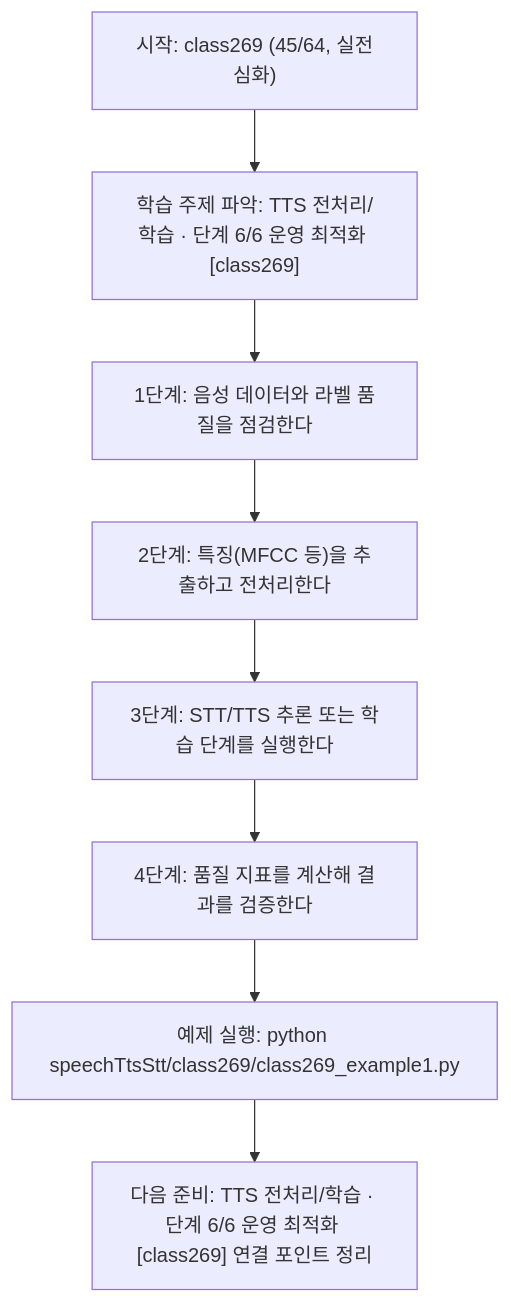
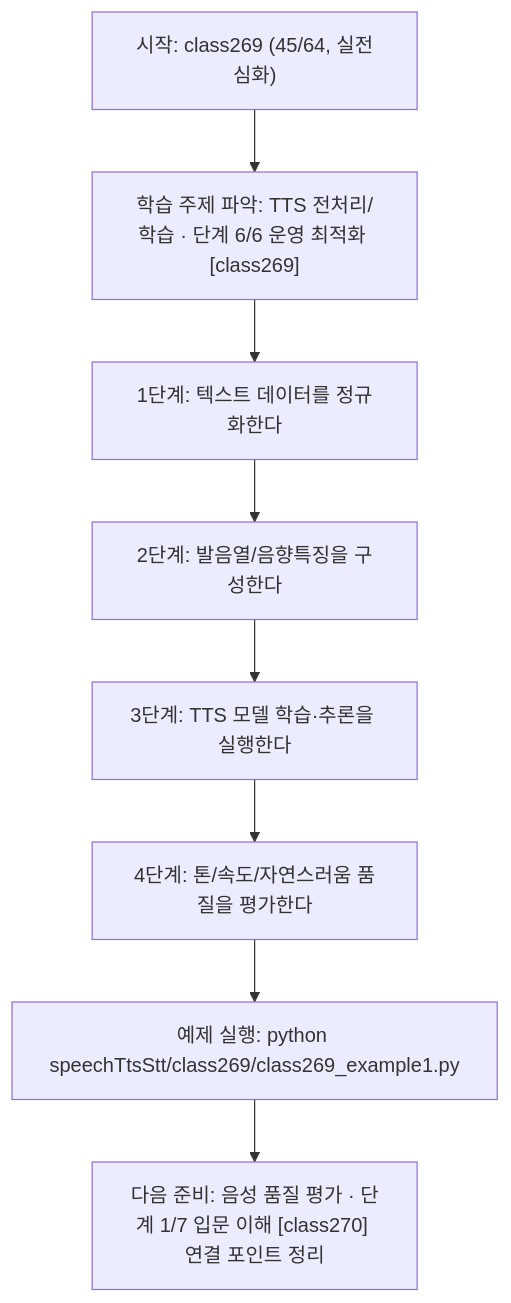
Before and after one commit to edumgt/Python-AI_Agent-Class: the diagram in speechTtsStt/class269/class269.md, drawn with Mermaid. The commit also changed other lines of this file and 1122 other files, not shown here.

````diff
--- a/speechTtsStt/class269/class269.md
+++ b/speechTtsStt/class269/class269.md
@@ -114,18 +95,18 @@
 ```mermaid
 flowchart TD
 N1["시작: class269 (45/64, 실전심화)"]
 N2["학습 주제 파악: TTS 전처리/학습 · 단계 6/6 운영 최적화 [class269]"]
-N3["1단계: 음성 데이터와 라벨 품질을 점검한다"]
-N4["2단계: 특징(MFCC 등)을 추출하고 전처리한다"]
-N5["3단계: STT/TTS 추론 또는 학습 단계를 실행한다"]
-N6["4단계: 품질 지표를 계산해 결과를 검증한다"]
+N3["1단계: 텍스트 데이터를 정규화한다"]
+N4["2단계: 발음열/음향특징을 구성한다"]
+N5["3단계: TTS 모델 학습·추론을 실행한다"]
+N6["4단계: 톤/속도/자연스러움 품질을 평가한다"]
 N7["예제 실행: python speechTtsStt/class269/class269_example1.py"]
-N8["다음 준비: TTS 전처리/학습 · 단계 6/6 운영 최적화 [class269] 연결 포인트 정리"]
+N8["다음 준비: 음성 품질 평가 · 단계 1/7 입문 이해 [class270] 연결 포인트 정리"]
 N1 --> N2
 N2 --> N3
 N3 --> N4
 N4 --> N5
 N5 --> N6
 N6 --> N7
 N7 --> N8
 ```
````
